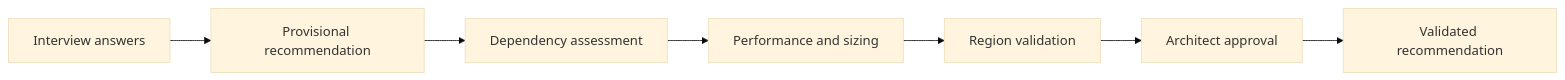
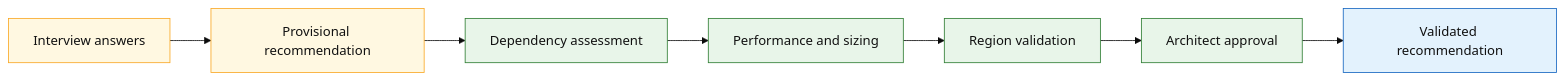
The second of 6 diagrams in docs/sql-migration-advisor-developer-pitch.md (fredgis/sql-migration-advisor), drawn with Mermaid (base theme) before and after one commit. The commit also changed other lines of this file, not shown here.

````diff
--- a/docs/sql-migration-advisor-developer-pitch.md
+++ b/docs/sql-migration-advisor-developer-pitch.md
@@ -305,9 +319,16 @@
 ```mermaid
 flowchart LR
     A[Interview answers] --> B[Provisional recommendation]
     B --> C[Dependency assessment]
     C --> D[Performance and sizing]
     D --> E[Region validation]
     E --> F[Architect approval]
     F --> G[Validated recommendation]
+
+    classDef prov fill:#fff8e1,stroke:#f9a825,color:#111
+    classDef evid fill:#e8f5e9,stroke:#2e7d32,color:#111
+    classDef done fill:#e3f2fd,stroke:#1565c0,color:#111
+    class A,B prov
+    class C,D,E,F evid
+    class G done
 ```
````
